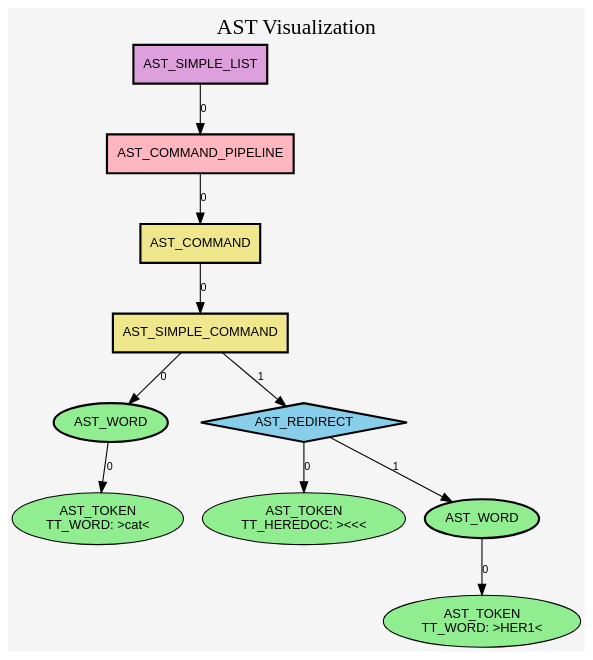
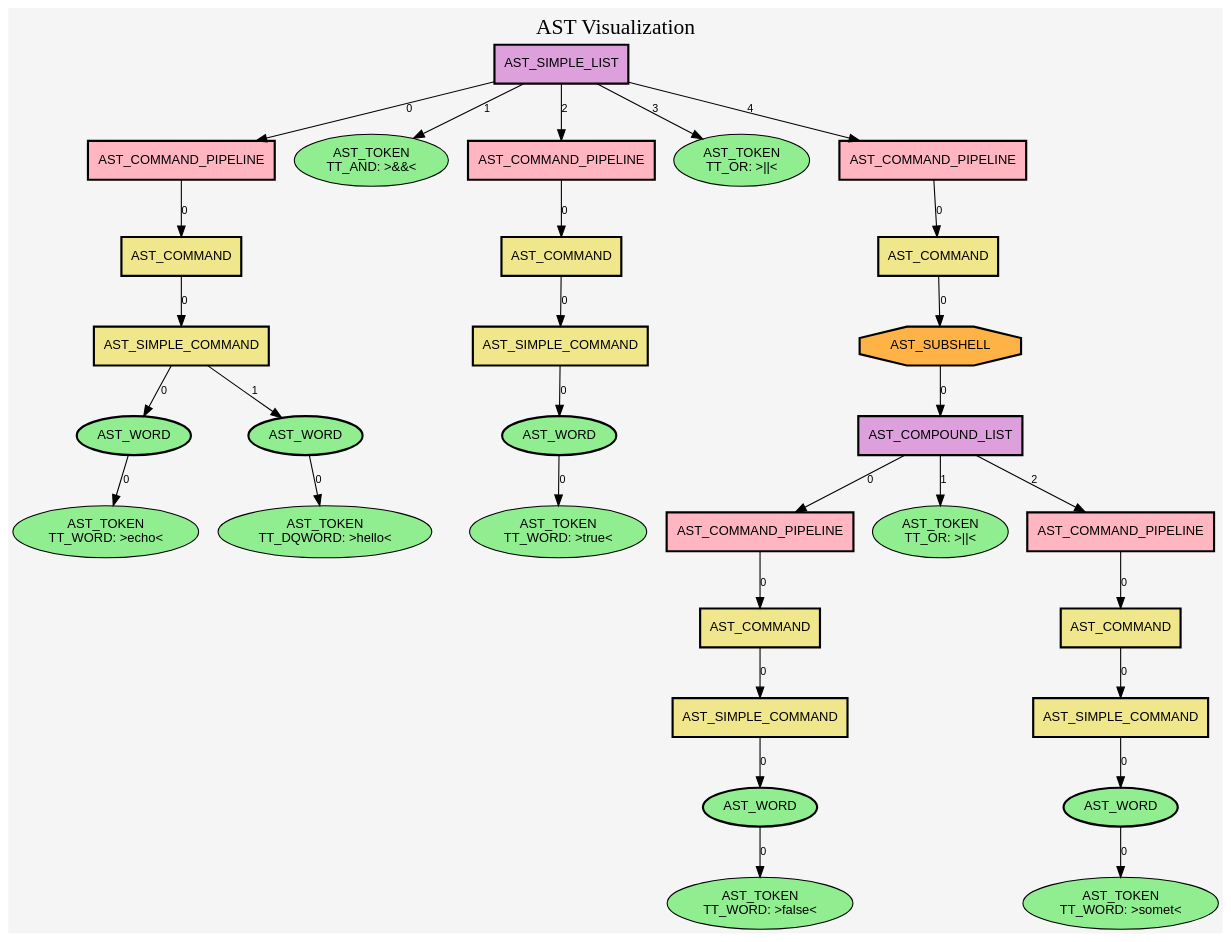
The diagram in bonus/out.dot (Univers42/sh42), drawn with Graphviz before and after one commit. The commit also changed 3 other files, not shown here.

```diff
--- a/bonus/out.dot
+++ b/bonus/out.dot
@@ -1,30 +1,70 @@
 digraph AST {
 	rankdir=TB;
 	node [fontname="Arial", fontsize=12];
 	edge [fontname="Arial", fontsize=10];
 	bgcolor="#F5F5F5";
 
 	n0 [label="AST_SIMPLE_LIST", style=filled, fillcolor="#DDA0DD", shape=box, penwidth=2];
-	n0 -> n3850216102 [label="0"];
-	n3850216102 [label="AST_COMMAND_PIPELINE", style=filled, fillcolor="#FFB6C1", shape=box, penwidth=2];
-	n3850216102 -> n4216142890 [label="0"];
-	n4216142890 [label="AST_COMMAND", style=filled, fillcolor="#F0E68C", shape=box, penwidth=2];
-	n4216142890 -> n4177211283 [label="0"];
-	n4177211283 [label="AST_SIMPLE_COMMAND", style=filled, fillcolor="#F0E68C", shape=box, penwidth=2];
-	n4177211283 -> n3872387439 [label="0"];
-	n3872387439 [label="AST_WORD", style=filled, fillcolor="#90EE90", shape=ellipse, penwidth=2];
-	n3872387439 -> n1663027210 [label="0"];
-	n1663027210 [label="AST_TOKEN\nTT_WORD: >cat<", style=filled, fillcolor="#90EE90", shape=ellipse];
-	n4177211283 -> n4287950519 [label="1"];
-	n4287950519 [label="AST_REDIRECT", style=filled, fillcolor="#87CEEB", shape=diamond, penwidth=2];
-	n4287950519 -> n1214240581 [label="0"];
-	n1214240581 [label="AST_TOKEN\nTT_HEREDOC: ><<<", style=filled, fillcolor="#90EE90", shape=ellipse];
-	n4287950519 -> n2884641882 [label="1"];
-	n2884641882 [label="AST_WORD", style=filled, fillcolor="#90EE90", shape=ellipse, penwidth=2];
-	n2884641882 -> n1913715028 [label="0"];
-	n1913715028 [label="AST_TOKEN\nTT_WORD: >HER1<", style=filled, fillcolor="#90EE90", shape=ellipse];
+	n0 -> n1395692078 [label="0"];
+	n1395692078 [label="AST_COMMAND_PIPELINE", style=filled, fillcolor="#FFB6C1", shape=box, penwidth=2];
+	n1395692078 -> n3197530790 [label="0"];
+	n3197530790 [label="AST_COMMAND", style=filled, fillcolor="#F0E68C", shape=box, penwidth=2];
+	n3197530790 -> n3790984521 [label="0"];
+	n3790984521 [label="AST_SIMPLE_COMMAND", style=filled, fillcolor="#F0E68C", shape=box, penwidth=2];
+	n3790984521 -> n2879021126 [label="0"];
+	n2879021126 [label="AST_WORD", style=filled, fillcolor="#90EE90", shape=ellipse, penwidth=2];
+	n2879021126 -> n2832297486 [label="0"];
+	n2832297486 [label="AST_TOKEN\nTT_WORD: >echo<", style=filled, fillcolor="#90EE90", shape=ellipse];
+	n3790984521 -> n3549432119 [label="1"];
+	n3549432119 [label="AST_WORD", style=filled, fillcolor="#90EE90", shape=ellipse, penwidth=2];
+	n3549432119 -> n2077279080 [label="0"];
+	n2077279080 [label="AST_TOKEN\nTT_DQWORD: >hello<", style=filled, fillcolor="#90EE90", shape=ellipse];
+	n0 -> n2652970206 [label="1"];
+	n2652970206 [label="AST_TOKEN\nTT_AND: >&&<", style=filled, fillcolor="#90EE90", shape=ellipse];
+	n0 -> n3911310570 [label="2"];
+	n3911310570 [label="AST_COMMAND_PIPELINE", style=filled, fillcolor="#FFB6C1", shape=box, penwidth=2];
+	n3911310570 -> n2284825849 [label="0"];
+	n2284825849 [label="AST_COMMAND", style=filled, fillcolor="#F0E68C", shape=box, penwidth=2];
+	n2284825849 -> n4060072158 [label="0"];
+	n4060072158 [label="AST_SIMPLE_COMMAND", style=filled, fillcolor="#F0E68C", shape=box, penwidth=2];
+	n4060072158 -> n1473465456 [label="0"];
+	n1473465456 [label="AST_WORD", style=filled, fillcolor="#90EE90", shape=ellipse, penwidth=2];
+	n1473465456 -> n858007732 [label="0"];
+	n858007732 [label="AST_TOKEN\nTT_WORD: >true<", style=filled, fillcolor="#90EE90", shape=ellipse];
+	n0 -> n929236382 [label="3"];
+	n929236382 [label="AST_TOKEN\nTT_OR: >||<", style=filled, fillcolor="#90EE90", shape=ellipse];
+	n0 -> n2399752346 [label="4"];
+	n2399752346 [label="AST_COMMAND_PIPELINE", style=filled, fillcolor="#FFB6C1", shape=box, penwidth=2];
+	n2399752346 -> n2056604740 [label="0"];
+	n2056604740 [label="AST_COMMAND", style=filled, fillcolor="#F0E68C", shape=box, penwidth=2];
+	n2056604740 -> n4293100275 [label="0"];
+	n4293100275 [label="AST_SUBSHELL", style=filled, fillcolor="#FFB347", shape=octagon, penwidth=2];
+	n4293100275 -> n1188678255 [label="0"];
+	n1188678255 [label="AST_COMPOUND_LIST", style=filled, fillcolor="#DDA0DD", shape=box, penwidth=2];
+	n1188678255 -> n2915236865 [label="0"];
+	n2915236865 [label="AST_COMMAND_PIPELINE", style=filled, fillcolor="#FFB6C1", shape=box, penwidth=2];
+	n2915236865 -> n136121445 [label="0"];
+	n136121445 [label="AST_COMMAND", style=filled, fillcolor="#F0E68C", shape=box, penwidth=2];
+	n136121445 -> n3373789411 [label="0"];
+	n3373789411 [label="AST_SIMPLE_COMMAND", style=filled, fillcolor="#F0E68C", shape=box, penwidth=2];
+	n3373789411 -> n2505053155 [label="0"];
+	n2505053155 [label="AST_WORD", style=filled, fillcolor="#90EE90", shape=ellipse, penwidth=2];
+	n2505053155 -> n3604972036 [label="0"];
+	n3604972036 [label="AST_TOKEN\nTT_WORD: >false<", style=filled, fillcolor="#90EE90", shape=ellipse];
+	n1188678255 -> n2556593104 [label="1"];
+	n2556593104 [label="AST_TOKEN\nTT_OR: >||<", style=filled, fillcolor="#90EE90", shape=ellipse];
+	n1188678255 -> n88828950 [label="2"];
+	n88828950 [label="AST_COMMAND_PIPELINE", style=filled, fillcolor="#FFB6C1", shape=box, penwidth=2];
+	n88828950 -> n2608549059 [label="0"];
+	n2608549059 [label="AST_COMMAND", style=filled, fillcolor="#F0E68C", shape=box, penwidth=2];
+	n2608549059 -> n1826083620 [label="0"];
+	n1826083620 [label="AST_SIMPLE_COMMAND", style=filled, fillcolor="#F0E68C", shape=box, penwidth=2];
+	n1826083620 -> n3884205591 [label="0"];
+	n3884205591 [label="AST_WORD", style=filled, fillcolor="#90EE90", shape=ellipse, penwidth=2];
+	n3884205591 -> n1686060246 [label="0"];
+	n1686060246 [label="AST_TOKEN\nTT_WORD: >somet<", style=filled, fillcolor="#90EE90", shape=ellipse];
 
 	labelloc="t";
 	label="AST Visualization";
 	fontsize=20;
 }
```
